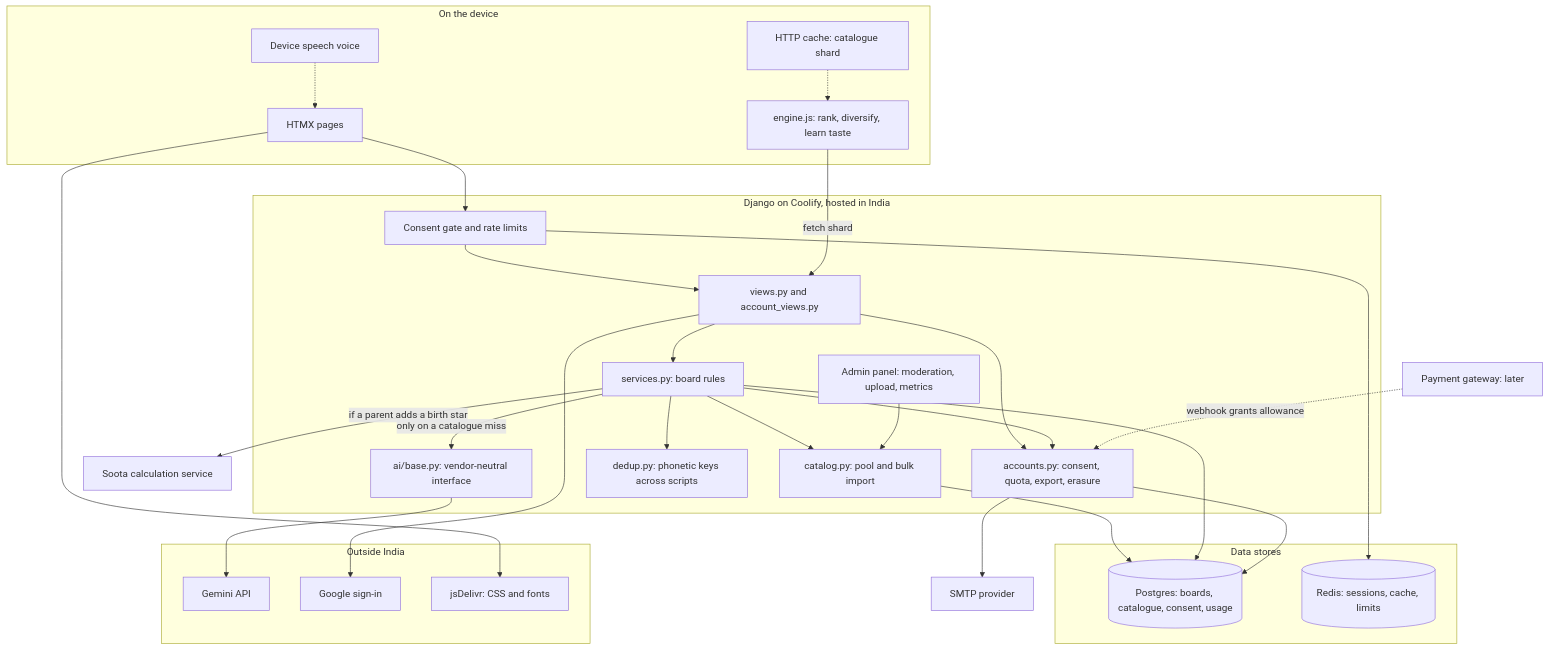
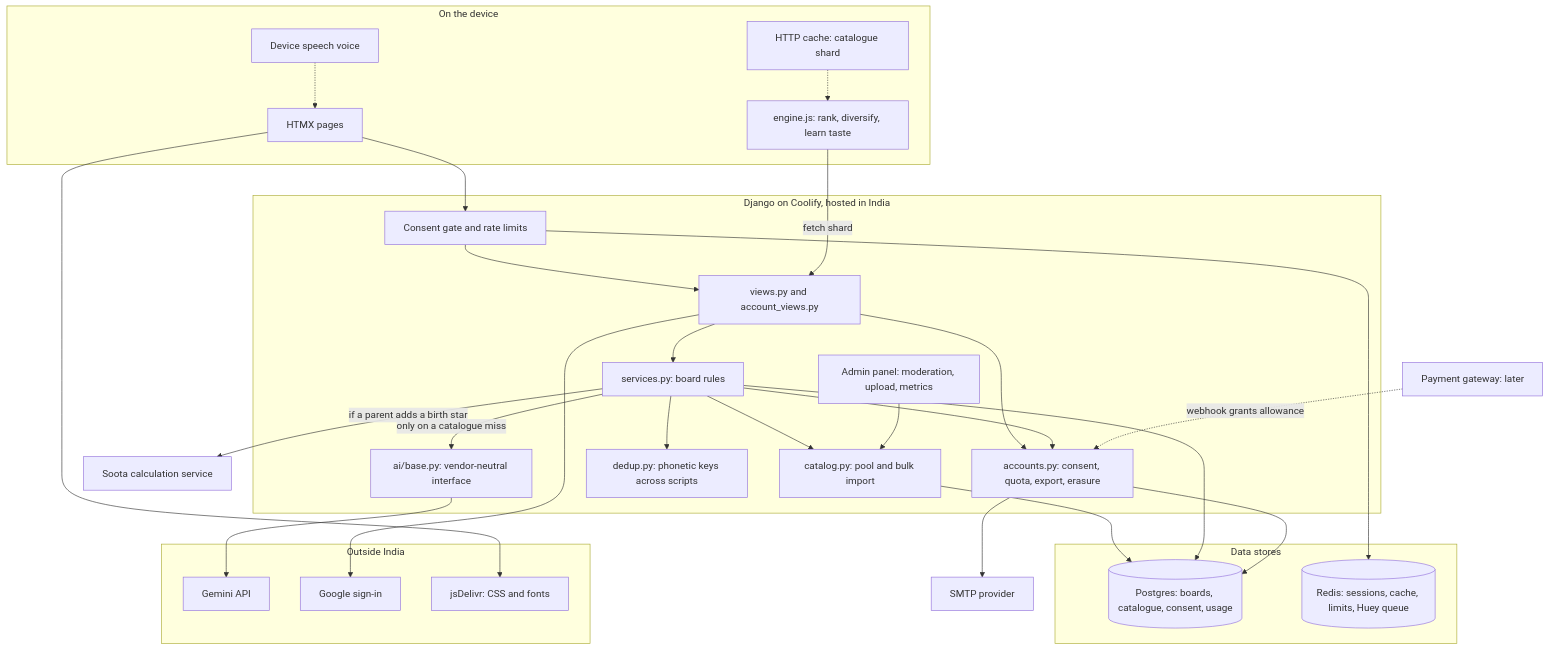
The first of 3 diagrams in docs/ARCHITECTURE.md (gilga98/name-catcher), drawn with Mermaid before and after one commit. The commit also changed other lines of this file and 9 other files, not shown here.

````diff
--- a/docs/ARCHITECTURE.md
+++ b/docs/ARCHITECTURE.md
@@ -5,51 +5,51 @@
 ```mermaid
 flowchart TB
   subgraph device["On the device"]
     engine["engine.js: rank, diversify, learn taste"]
     voice["Device speech voice"]
     cache["HTTP cache: catalogue shard"]
     ui["HTMX pages"]
   end
 
   subgraph server["Django on Coolify, hosted in India"]
     gate["Consent gate and rate limits"]
     views["views.py and account_views.py"]
     services["services.py: board rules"]
     catalog["catalog.py: pool and bulk import"]
     accounts["accounts.py: consent, quota, export, erasure"]
     dedup["dedup.py: phonetic keys across scripts"]
     admin["Admin panel: moderation, upload, metrics"]
     aiport["ai/base.py: vendor-neutral interface"]
   end
 
   subgraph data["Data stores"]
     pg[("Postgres: boards, catalogue, consent, usage")]
-    redis[("Redis: sessions, cache, limits")]
+    redis[("Redis: sessions, cache, limits, Huey queue")]
   end
 
   subgraph external["Outside India"]
     gemini["Gemini API"]
     google["Google sign-in"]
     cdn["jsDelivr: CSS and fonts"]
   end
 
   smtp["SMTP provider"]
   soota["Soota calculation service"]
   later["Payment gateway: later"]
 
   ui --> gate --> views
   engine -- "fetch shard" --> views
   cache -.-> engine
   views --> services & accounts
   services --> catalog & dedup & accounts
   services -- "only on a catalogue miss" --> aiport --> gemini
   services -- "if a parent adds a birth star" --> soota
   admin --> catalog
   catalog & services & accounts --> pg
   gate --> redis
   views --> google
   accounts --> smtp
   ui --> cdn
   voice -.-> ui
   later -. "webhook grants allowance" .-> accounts
 ```
````
